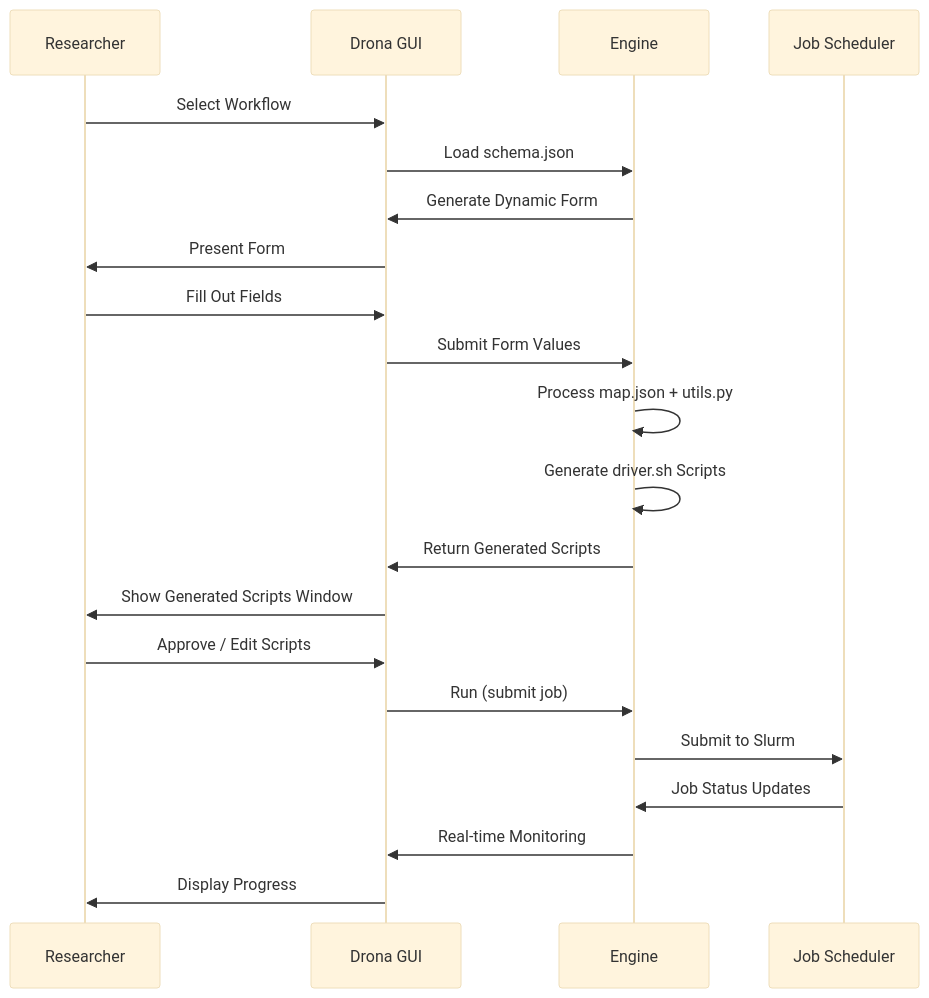
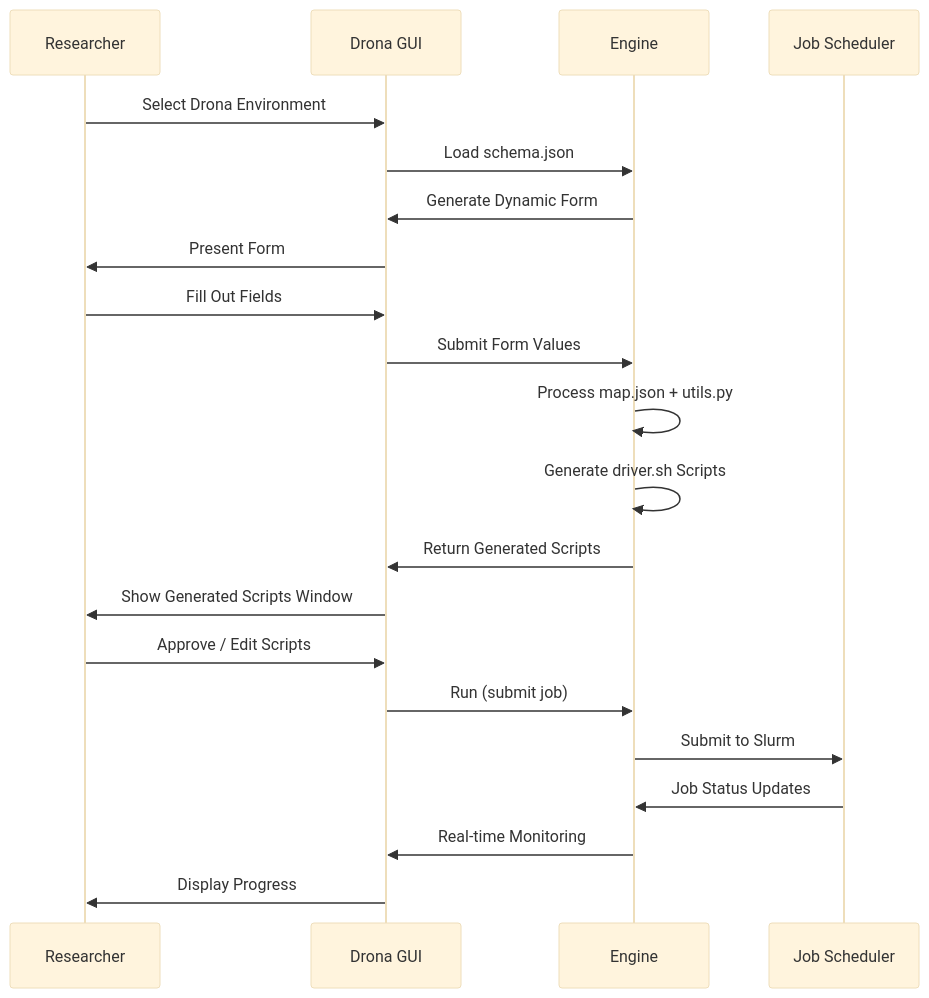
Before and after one commit to tamu-edu/dor-hprc-drona-composer: the second of 2 diagrams in website/docs/overview/architecture.md, drawn with Mermaid (base theme). The commit also changed other lines of this file and 108 other files, not shown here.

````diff
--- a/website/docs/overview/architecture.md
+++ b/website/docs/overview/architecture.md
@@ -106,24 +107,24 @@
 ```mermaid
 sequenceDiagram
     participant R as Researcher
     participant D as Drona GUI
     participant E as Engine
     participant H as Job Scheduler
 
-    R->>D: Select Workflow
+    R->>D: Select Drona Environment
     D->>E: Load schema.json
     E->>D: Generate Dynamic Form
     D->>R: Present Form
     R->>D: Fill Out Fields
     D->>E: Submit Form Values
     E->>E: Process map.json + utils.py
     E->>E: Generate driver.sh Scripts
     E->>D: Return Generated Scripts
     D->>R: Show Generated Scripts Window
     R->>D: Approve / Edit Scripts
     D->>E: Run (submit job)
     E->>H: Submit to Slurm
     H->>E: Job Status Updates
     E->>D: Real-time Monitoring
     D->>R: Display Progress
 ```
````
